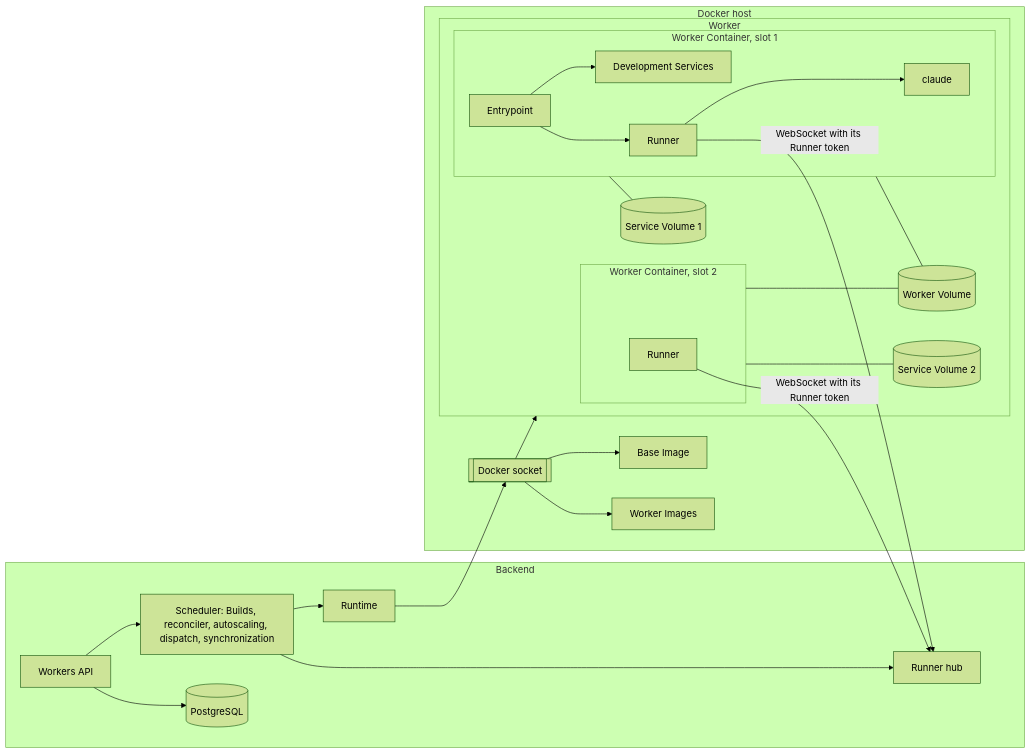
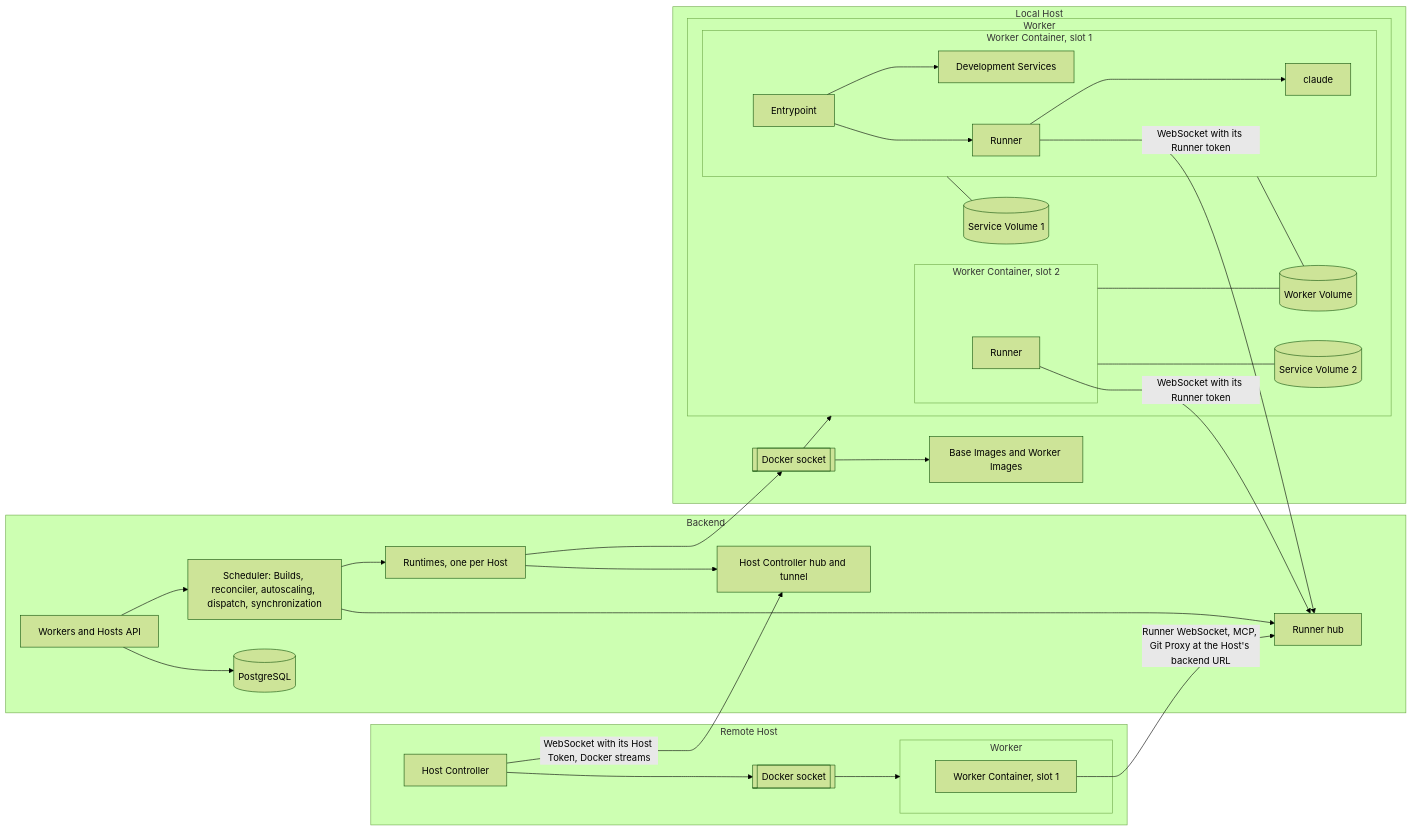
Before and after one commit to mceck/claude-task: the eighth of 9 diagrams in docs/specs/workers.md, drawn with Mermaid (forest theme). The commit also changed other lines of this file and 8 other files, not shown here.

Commit message:
docs(hosts): document Remote Host operation and deployment

````diff
--- a/docs/specs/workers.md
+++ b/docs/specs/workers.md
@@ -446,46 +572,57 @@
 ```mermaid
 flowchart LR
   subgraph Backend
-    API[Workers API]
+    API[Workers and Hosts API]
     SCH[Scheduler: Builds, reconciler, autoscaling, dispatch, synchronization]
-    RT[Runtime]
+    RT[Runtimes, one per Host]
+    HH[Host Controller hub and tunnel]
     RH[Runner hub]
     DB[(PostgreSQL)]
   end
-  subgraph Docker host
+  subgraph LH[Local Host]
     SOCK[[Docker socket]]
-    BI[Base Image]
-    WI[Worker Images]
     subgraph W[Worker]
       subgraph C1[Worker Container, slot 1]
         EP1[Entrypoint]
         SV1[Development Services]
         RN1[Runner]
         CL1[claude]
       end
       subgraph C2[Worker Container, slot 2]
         RN2[Runner]
       end
       WV[(Worker Volume)]
       S1[(Service Volume 1)]
       S2[(Service Volume 2)]
     end
+    BI[Base Images and Worker Images]
+  end
+  subgraph RHost[Remote Host]
+    HC[Host Controller]
+    RSOCK[[Docker socket]]
+    subgraph W2[Worker]
+      C3[Worker Container, slot 1]
+    end
   end
   API --> DB
   API --> SCH
   SCH --> RT
   RT --> SOCK
+  RT --> HH
+  HC -- WebSocket with its Host Token, Docker streams --> HH
+  HC --> RSOCK
+  RSOCK --> W2
   SOCK --> BI
-  SOCK --> WI
   SOCK --> W
   C1 --- WV
   C2 --- WV
   C1 --- S1
   C2 --- S2
   EP1 --> SV1
   EP1 --> RN1
   RN1 --> CL1
   RN1 -- WebSocket with its Runner token --> RH
   RN2 -- WebSocket with its Runner token --> RH
+  C3 -- Runner WebSocket, MCP, Git Proxy at the Host's backend URL --> RH
   SCH --> RH
 ```
````
